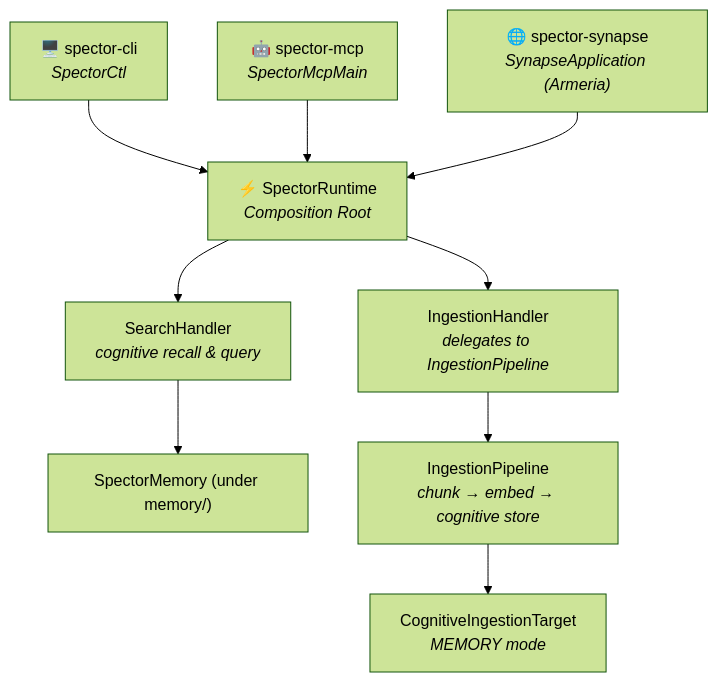
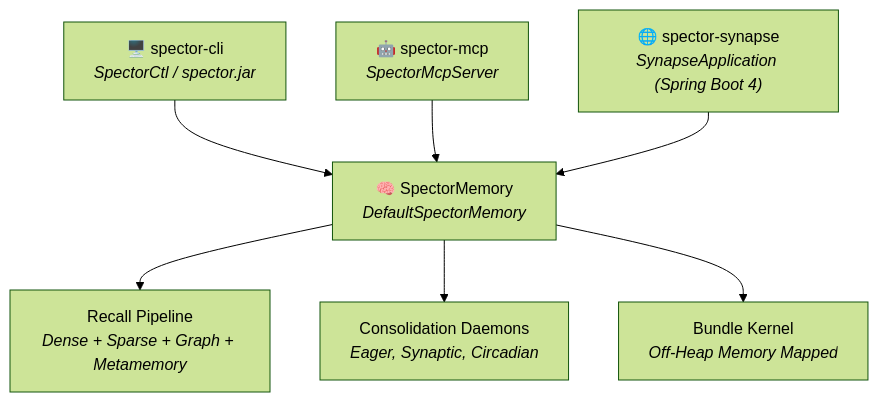
Before and after one commit to spectrayan/spector: the third of 3 diagrams in docs/docs/modules/index.md, drawn with Mermaid (forest theme). The commit also changed other lines of this file and 125 other files, not shown here.

First line of the commit message:
refactor(synapse): consolidate mcp and cli into spectorctl, decommission runtime dist and client (#658)

````diff
--- a/docs/docs/modules/index.md
+++ b/docs/docs/modules/index.md
@@ -118,19 +108,14 @@
 ```mermaid
 graph TD
-    cli["🖥️ spector-cli<br/><i>SpectorCtl</i>"]
-    mcp["🤖 spector-mcp<br/><i>SpectorMcpMain</i>"]
-    synapseapp["🌐 spector-synapse<br/><i>SynapseApplication (Armeria)</i>"]
+    cli["🖥️ spector-cli<br/><i>SpectorCtl / spector.jar</i>"]
+    mcp["🤖 spector-mcp<br/><i>SpectorMcpServer</i>"]
+    synapseapp["🌐 spector-synapse<br/><i>SynapseApplication (Spring Boot 4)</i>"]
 
-    cli --> runtime
-    mcp --> runtime
-    synapseapp --> runtime
+    cli --> memory["🧠 SpectorMemory<br/><i>DefaultSpectorMemory</i>"]
+    mcp --> memory
+    synapseapp --> memory
 
-    runtime["⚡ SpectorRuntime<br/><i>Composition Root</i>"]
-
-    runtime --> sh["SearchHandler<br/><i>cognitive recall & query</i>"]
-    runtime --> ih["IngestionHandler<br/><i>delegates to IngestionPipeline</i>"]
-
-    sh --> memory["SpectorMemory (under memory/)"]
-    ih --> pipeline["IngestionPipeline<br/><i>chunk → embed → cognitive store</i>"]
-    pipeline --> memTarget["CognitiveIngestionTarget<br/><i>MEMORY mode</i>"]
+    memory --> recall["Recall Pipeline<br/><i>Dense + Sparse + Graph + Metamemory</i>"]
+    memory --> daemons["Consolidation Daemons<br/><i>Eager, Synaptic, Circadian</i>"]
+    memory --> storage["Bundle Kernel<br/><i>Off-Heap Memory Mapped</i>"]
 ```
````
